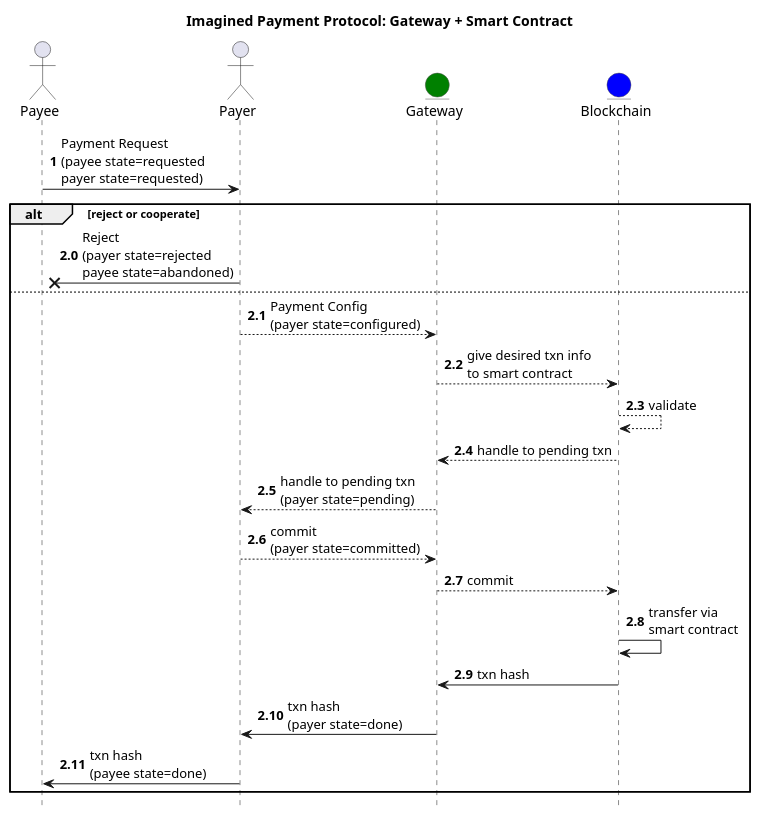
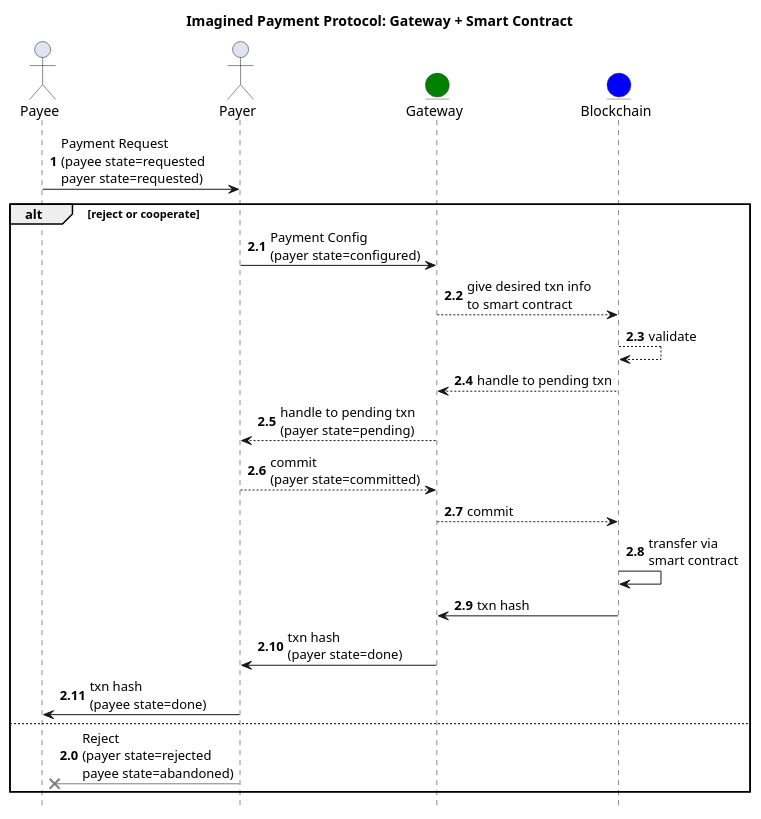
Before and after one commit to hyperledger/aries-rfcs: the diagram in concepts/0478-coprotocols/payment-protocol.puml, drawn with PlantUML. The commit also changed 6 other files, not shown here.

```diff
--- a/concepts/0478-coprotocols/payment-protocol.puml
+++ b/concepts/0478-coprotocols/payment-protocol.puml
@@ -1,30 +1,30 @@
 @startuml
 skinparam EntityBorderColor #505050
 
 title Imagined Payment Protocol: Gateway + Smart Contract
 autonumber
 hide footbox
 actor "Payee" as payee
 actor "Payer" as payer
 entity "Gateway" as gate #green
 entity "Blockchain" as chain #blue
 payee -> payer: Payment Request\n(payee state=requested\npayer state=requested)
 alt reject or cooperate
-  autonumber 2.0
-  payer -x payee: Reject\n(payer state=rejected\npayee state=abandoned)
-else
   autonumber 2.1
-  payer --> gate: Payment Config\n(payer state=configured)
+  payer -> gate: Payment Config\n(payer state=configured)
   gate --> chain: give desired txn info\nto smart contract
   chain --> chain: validate
   chain --> gate: handle to pending txn
   gate --> payer: handle to pending txn\n(payer state=pending)
   payer --> gate: commit\n(payer state=committed)
   gate --> chain: commit
   chain -> chain: transfer via\nsmart contract
   chain -> gate: txn hash
   gate -> payer: txn hash\n(payer state=done)
   payer -> payee: txn hash\n(payee state=done)
+else
+  autonumber 2.0
+  payer [#gray]-x payee: Reject\n(payer state=rejected\npayee state=abandoned)
 end alt
 
 @enduml
```
